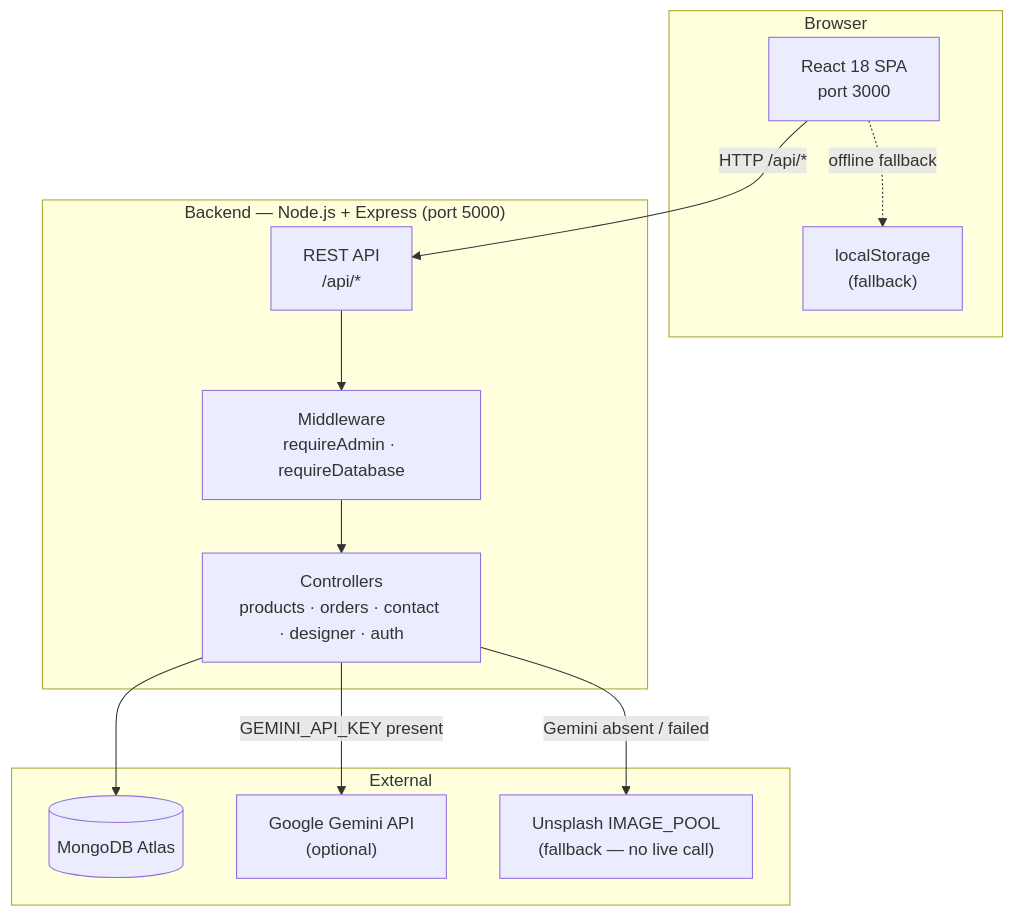
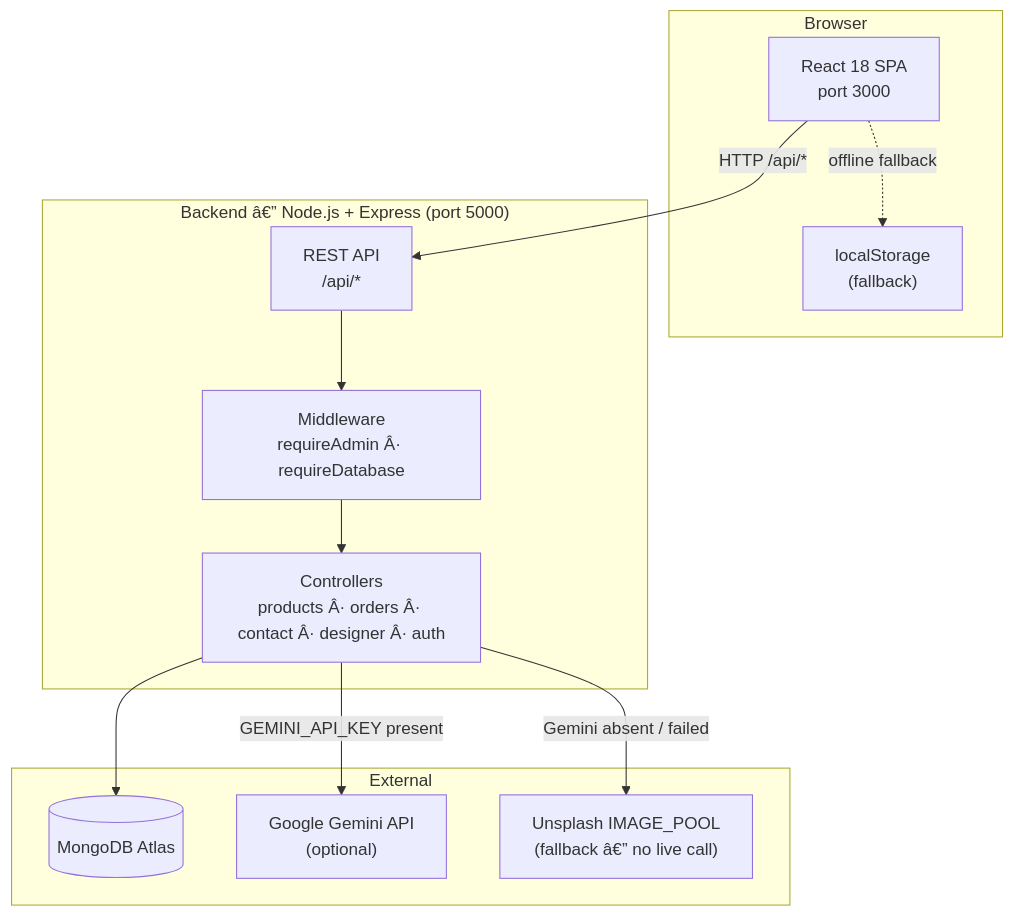
Before and after one commit to chiqqo/FloraDesigner-Final: the first of 6 diagrams in TECHNICAL_REPORT.md, drawn with Mermaid. The commit also changed other lines of this file and 2 other files, not shown here.

````diff
--- a/TECHNICAL_REPORT.md
+++ b/TECHNICAL_REPORT.md
@@ -100,26 +100,26 @@
 ```mermaid
 graph TB
     subgraph Browser
         FE["React 18 SPA<br/>port 3000"]
         LS["localStorage<br/>(fallback)"]
     end
 
-    subgraph Backend["Backend — Node.js + Express (port 5000)"]
+    subgraph Backend["Backend â€” Node.js + Express (port 5000)"]
         API["REST API<br/>/api/*"]
-        MW["Middleware<br/>requireAdmin · requireDatabase"]
-        CTRL["Controllers<br/>products · orders · contact · designer · auth"]
+        MW["Middleware<br/>requireAdmin Â· requireDatabase"]
+        CTRL["Controllers<br/>products Â· orders Â· contact Â· designer Â· auth"]
     end
 
     subgraph External
         DB[(MongoDB Atlas)]
         GEMINI["Google Gemini API<br/>(optional)"]
-        UNSPLASH["Unsplash IMAGE_POOL<br/>(fallback — no live call)"]
+        UNSPLASH["Unsplash IMAGE_POOL<br/>(fallback â€” no live call)"]
     end
 
     FE -->|"HTTP /api/*"| API
     FE -.->|"offline fallback"| LS
     API --> MW --> CTRL
     CTRL --> DB
     CTRL -->|"GEMINI_API_KEY present"| GEMINI
     CTRL -->|"Gemini absent / failed"| UNSPLASH
 ```
````
